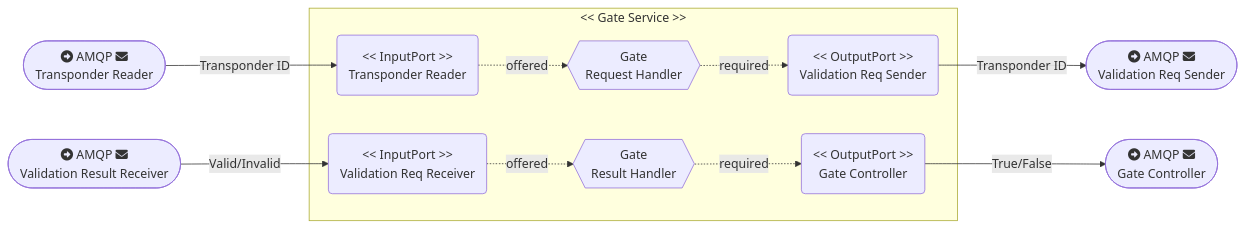
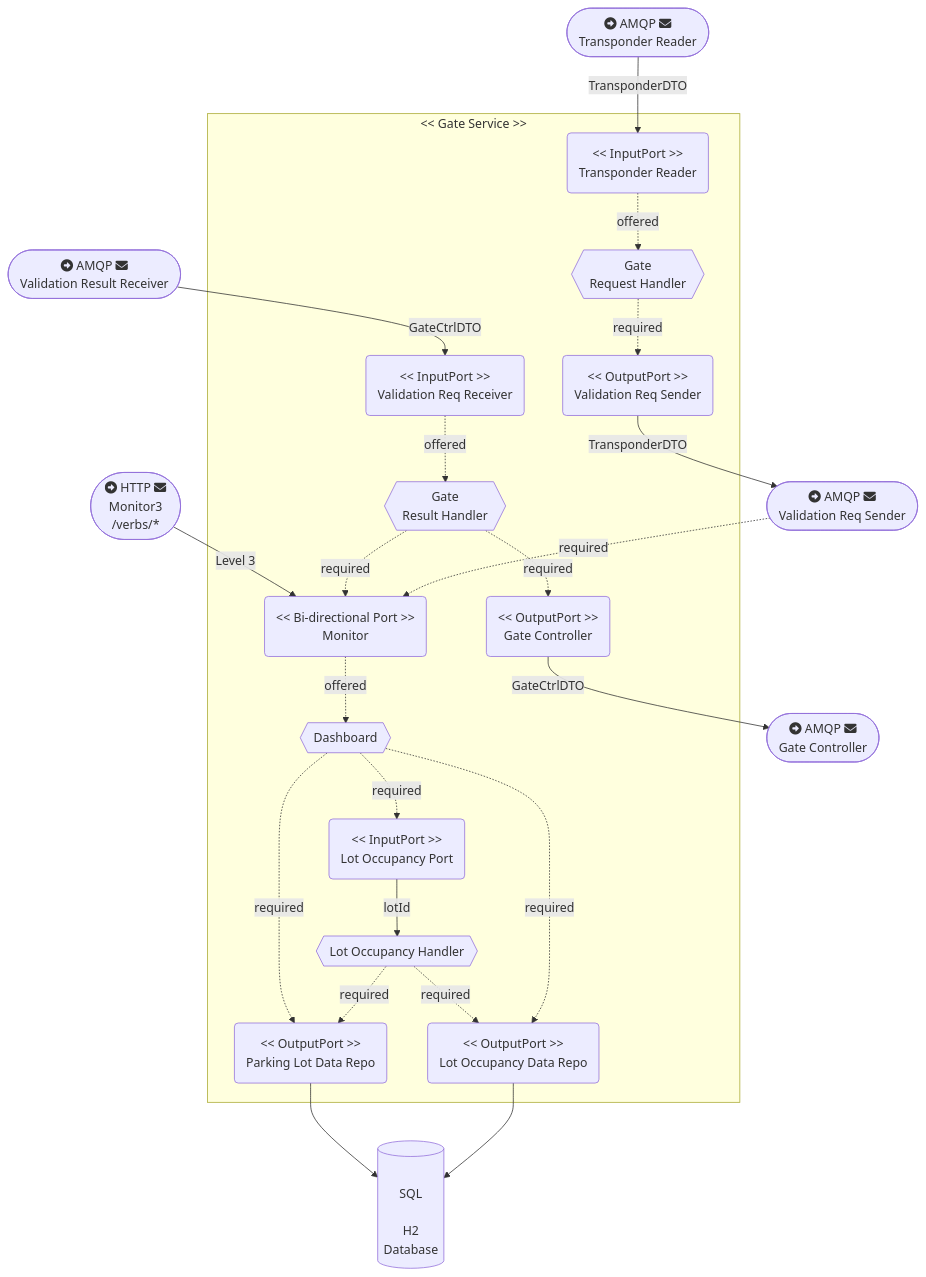
One commit to jingwenshi-dev/Microservice-Parking-System changed the diagram in diagram/gate-service-flowchart.mmd. Above: the diagram before and after it, drawn with Mermaid. The commit also changed 2 other files, not shown here.

```diff
--- a/diagram/gate-service-flowchart.mmd
+++ b/diagram/gate-service-flowchart.mmd
@@ -1,23 +1,44 @@
-flowchart LR
+flowchart
 
     AMQPGateController([fa:fa-circle-right AMQP fa:fa-envelope<br> Gate Controller])
     AMQPTransponderReader([fa:fa-circle-right AMQP fa:fa-envelope<br> Transponder Reader])
     AMQPValidationReqSender([fa:fa-circle-right AMQP fa:fa-envelope<br> Validation Req Sender])
     AMQPValidationResultReceiver([fa:fa-circle-right AMQP fa:fa-envelope<br> Validation Result Receiver])
+    Monitor3([fa:fa-circle-right HTTP fa:fa-envelope<br> Monitor3 <br> /verbs/*])
 
     subgraph "<< Gate Service >>"
         TransponderReader("<< InputPort >><br>Transponder Reader")
-        PermitValidationReqReceiver("<< InputPort >><br>Validation Req Receiver")
-        PermitValidationReqSender("<< OutputPort >><br>Validation Req Sender")
+        ValidationReqReceiver("<< InputPort >><br>Validation Req Receiver")
+        ValidationReqSender("<< OutputPort >><br>Validation Req Sender")
         GateController("<< OutputPort >><br>Gate Controller")
         GateReqHandler{{"Gate <br> Request Handler"}}
         GateResultHandler{{"Gate <br> Result Handler"}}
+
+        Monitor("<< Bi-directional Port >><br>Monitor")
+        Dashboard{{"Dashboard"}}
+        ParkingLotDataRepo("<< OutputPort >><br>Parking Lot Data Repo")
+        LotOccupancyDataRepo("<< OutputPort >><br> Lot Occupancy Data Repo")
+
+        LotOccupancyPort("<< InputPort >><br> Lot Occupancy Port")
+        LotOccupancyHandler{{"Lot Occupancy Handler"}}
+
     end
 
-    AMQPTransponderReader -- Transponder ID --> TransponderReader
-    AMQPValidationResultReceiver -- Valid/Invalid --> PermitValidationReqReceiver
-    PermitValidationReqSender -- Transponder ID --> AMQPValidationReqSender
-    GateController -- True/False --> AMQPGateController
+    AMQPTransponderReader -- TransponderDTO --> TransponderReader
+    AMQPValidationResultReceiver -- GateCtrlDTO --> ValidationReqReceiver
+    ValidationReqSender -- TransponderDTO --> AMQPValidationReqSender
+    GateController -- GateCtrlDTO --> AMQPGateController
+    Monitor3 -- Level 3 --> Monitor
+    LotOccupancyPort -- lotId --> LotOccupancyHandler
 
-    TransponderReader -. offered .-> GateReqHandler -. required .-> PermitValidationReqSender
-    PermitValidationReqReceiver -. offered .-> GateResultHandler -. required .-> GateController
+    TransponderReader -. offered .-> GateReqHandler -. required .-> ValidationReqSender
+    ValidationReqReceiver -. offered .-> GateResultHandler -. required .-> GateController
+    GateResultHandler -. required .-> Monitor
+    Monitor -. offered .-> Dashboard -. required .-> ParkingLotDataRepo --> h2
+    Dashboard -. required .-> LotOccupancyPort
+    LotOccupancyHandler -. required .-> LotOccupancyDataRepo
+    LotOccupancyHandler -. required .-> ParkingLotDataRepo
+    Dashboard -. required .-> LotOccupancyDataRepo --> h2
+    AMQPValidationReqSender -. required .-> Monitor
+
+    h2[(\nSQL\n\nH2\nDatabase)]
```
